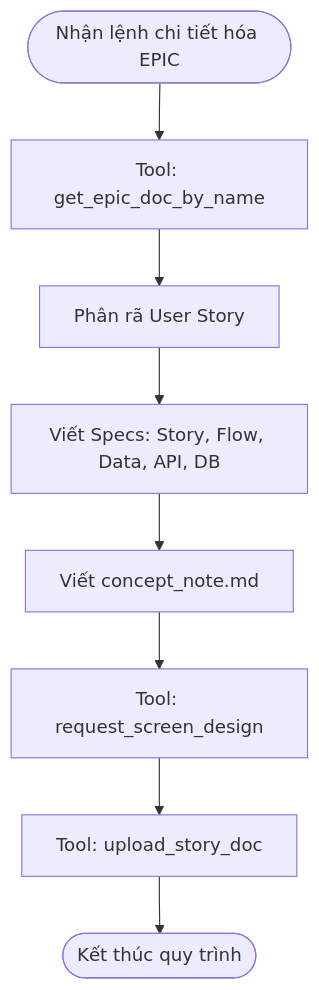
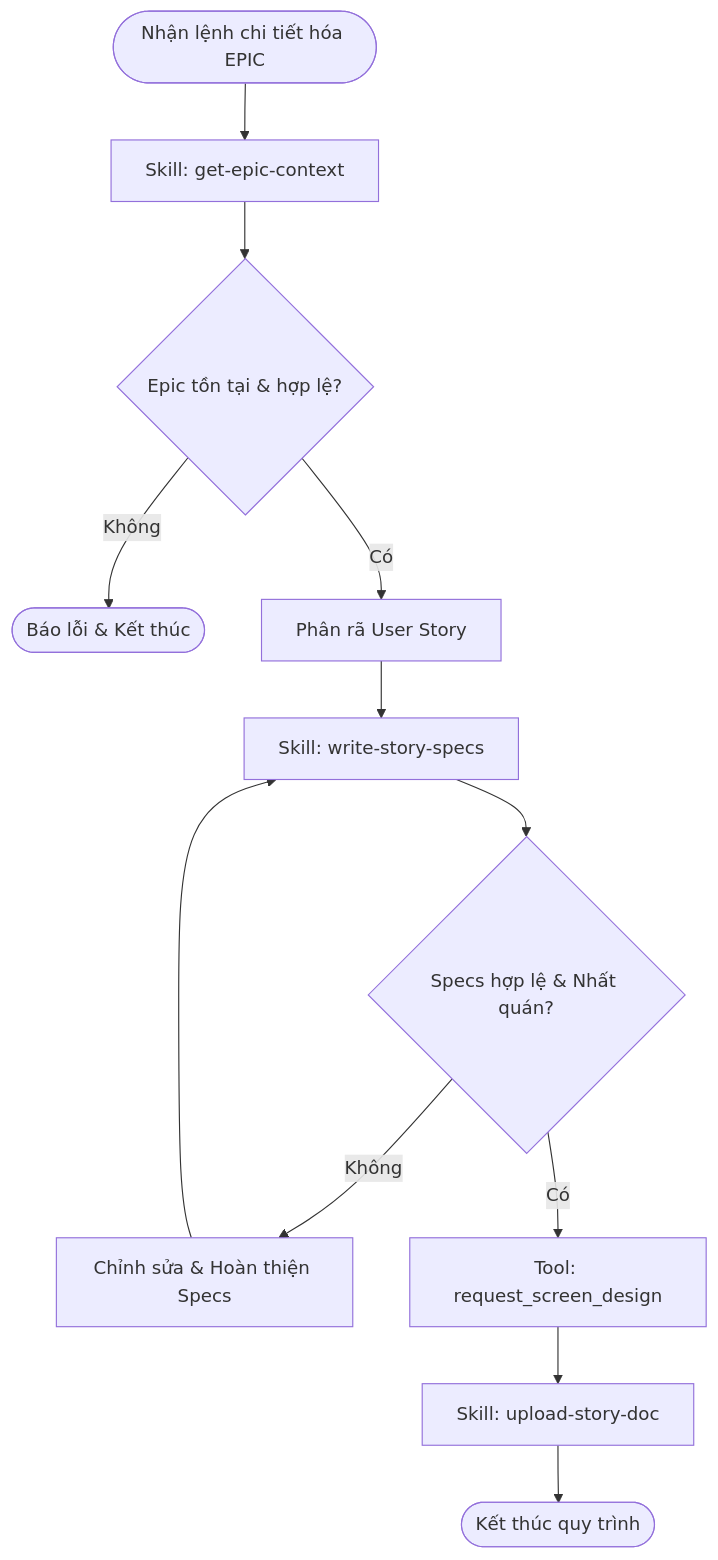
Before and after one commit to phongdh04/docs-for-codex-hackerthon-: the diagram in lina-senior-ba/.agents/workflows/epic-detailing.md, drawn with Mermaid. The commit also changed other lines of this file and 1 other file, not shown here.

Commit message:
feat(lina): integrate get-epic-context skill into epic-detailing workflow

````diff
--- a/lina-senior-ba/.agents/workflows/epic-detailing.md
+++ b/lina-senior-ba/.agents/workflows/epic-detailing.md
@@ -12,10 +12,17 @@
 ```mermaid
 flowchart TD
-  Start([Nhận lệnh chi tiết hóa EPIC]) --> GetEpic[Tool: get_epic_doc_by_name]
-  GetEpic --> BreakStory[Phân rã User Story]
-  BreakStory --> WriteSpecs[Viết Specs: Story, Flow, Data, API, DB]
-  WriteSpecs --> WriteConcept[Viết concept_note.md]
-  WriteConcept --> RequestDesign[Tool: request_screen_design]
-  RequestDesign --> UploadStory[Tool: upload_story_doc]
+  Start([Nhận lệnh chi tiết hóa EPIC]) --> GetEpicContext[Skill: get-epic-context]
+  GetEpicContext --> CheckEpic{Epic tồn tại & hợp lệ?}
+  CheckEpic -->|Không| ErrorEnd([Báo lỗi & Kết thúc])
+  CheckEpic -->|Có| BreakStory[Phân rã User Story]
+  
+  BreakStory --> WriteSpecs[Skill: write-story-specs]
+  WriteSpecs --> CheckSpecs{Specs hợp lệ & Nhất quán?}
+  
+  CheckSpecs -->|Không| RefineSpecs[Chỉnh sửa & Hoàn thiện Specs]
+  RefineSpecs --> WriteSpecs
+  
+  CheckSpecs -->|Có| RequestDesign[Tool: request_screen_design]
+  RequestDesign --> UploadStory[Skill: upload-story-doc]
   UploadStory --> End([Kết thúc quy trình])
 ```
````
